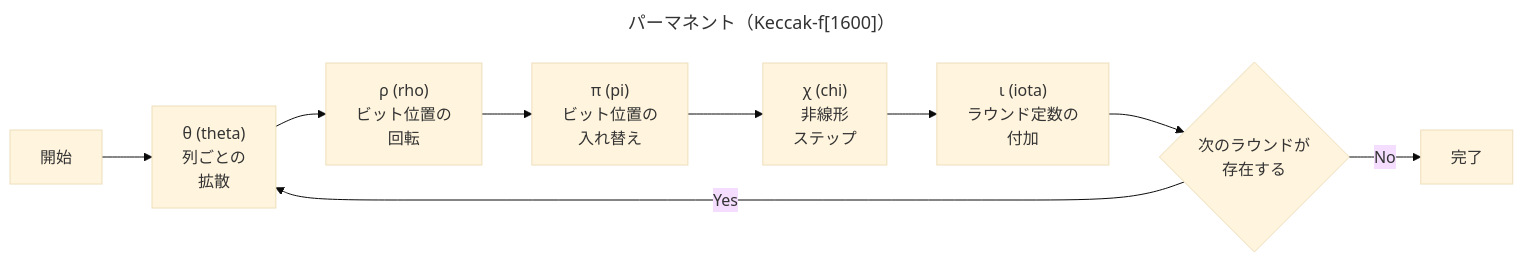
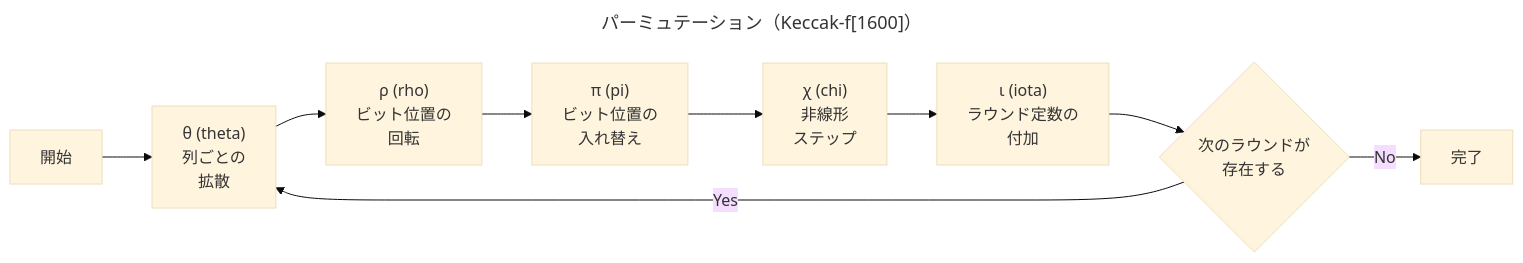
Before and after one commit to naokirin/learning_contemporary_cryptography: the sixth of 6 diagrams in articles/第3回/article.md, drawn with Mermaid (base theme). The commit also changed other lines of this file and 6 other files, not shown here.

````diff
--- a/articles/第3回/article.md
+++ b/articles/第3回/article.md
@@ -170,14 +164,14 @@
 ```mermaid
 ---
-title: パーマネント（Keccak-f[1600]）
+title: パーミュテーション（Keccak-f[1600]）
 ---
 flowchart LR
     S0[開始] --> S1["θ (theta)<br>列ごとの<br>拡散"]
     S1 --> S2["ρ (rho)<br>ビット位置の<br>回転"]
     S2 --> S3["π (pi)<br>ビット位置の<br>入れ替え"]
     S3 --> S4["χ (chi)<br>非線形<br>ステップ"]
     S4 --> S5["ι (iota)<br>ラウンド定数の<br>付加"]
     S5 --> S6{次のラウンドが<br>存在する}
     S6 -->|Yes| S1
     S6 -->|No| S7[完了]
 ```
````
